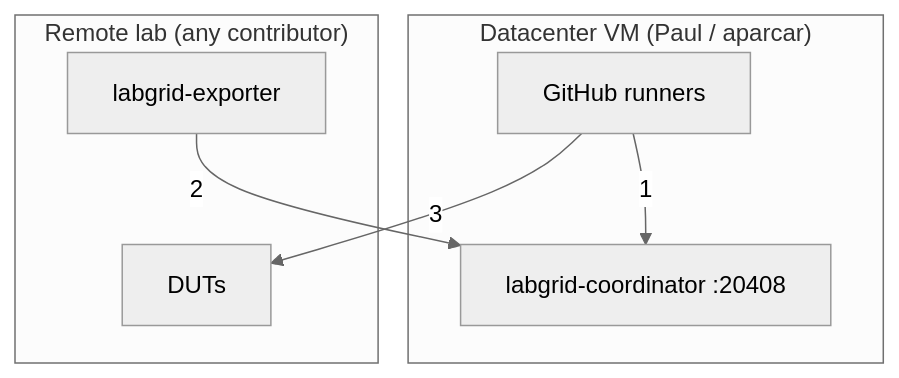
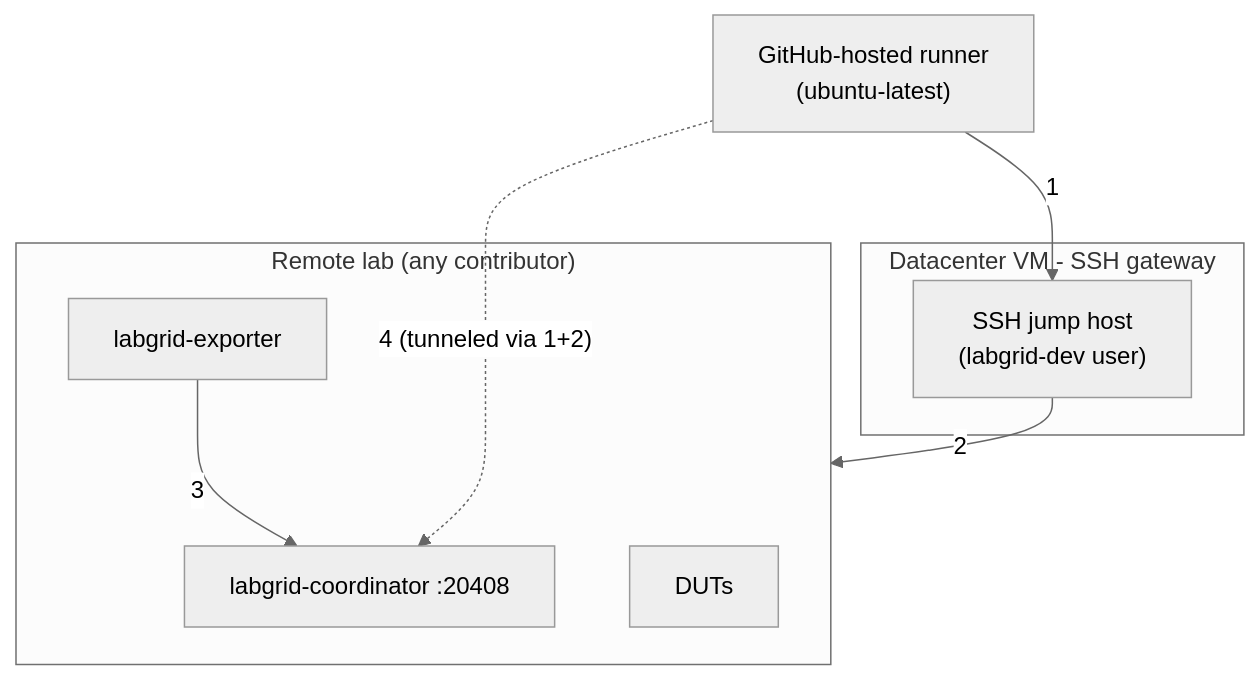
Before and after one commit to ccasanueva7/fcefyn_testbed_utils: the first of 3 diagrams in docs/diseno/integration-overview.md, drawn with Mermaid (neutral theme). The commit also changed other lines of this file and 9 other files, not shown here.

````diff
--- a/docs/diseno/integration-overview.md
+++ b/docs/diseno/integration-overview.md
@@ -15,16 +15,19 @@
 ```mermaid
 flowchart TD
-    subgraph vm ["Datacenter VM (Paul / aparcar)"]
-        R_OWT["GitHub runners"]
-        COORD["labgrid-coordinator :20408"]
+    subgraph vm ["Datacenter VM - SSH gateway"]
+        SSH_GW["SSH jump host\n(labgrid-dev user)"]
     end
 
     subgraph lab_ext ["Remote lab (any contributor)"]
+        COORD_E["labgrid-coordinator :20408"]
         EXP_E["labgrid-exporter"]
         HW_E["DUTs"]
     end
 
-    R_OWT -- "1" --> COORD
-    EXP_E -- "2" --> COORD
-    R_OWT -- "3" --> HW_E
+    GH["GitHub-hosted runner\n(ubuntu-latest)"]
+
+    GH -- "1" --> SSH_GW
+    SSH_GW -- "2" --> lab_ext
+    EXP_E -- "3" --> COORD_E
+    GH -. "4 (tunneled via 1+2)" .-> COORD_E
 ```
````
